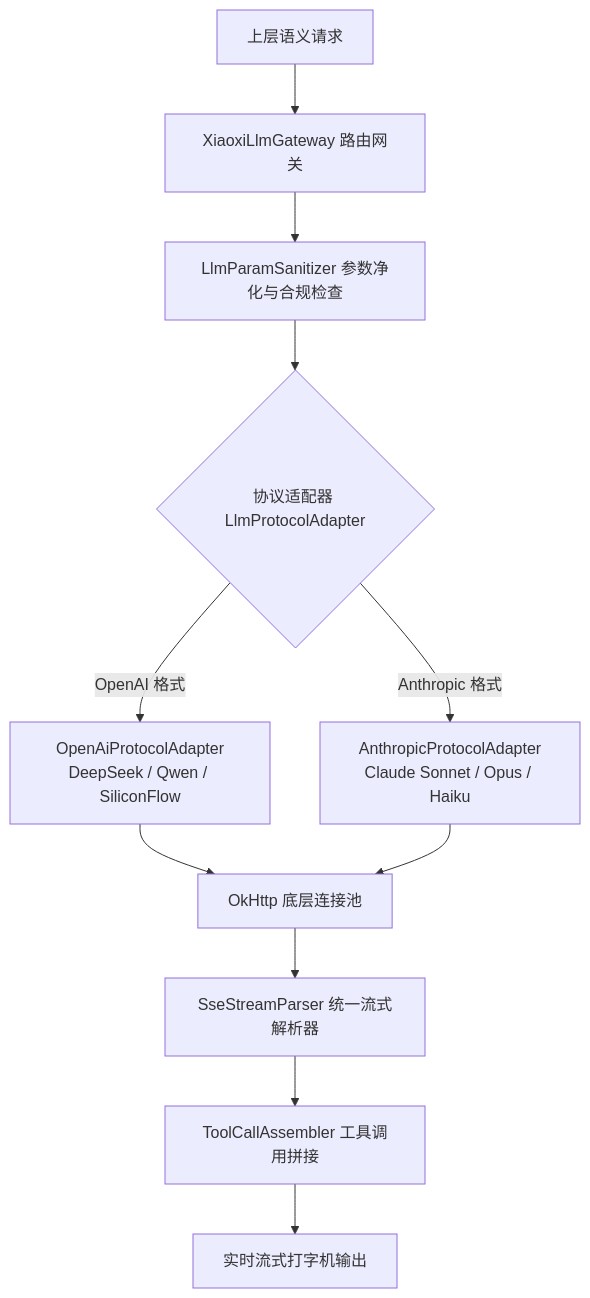
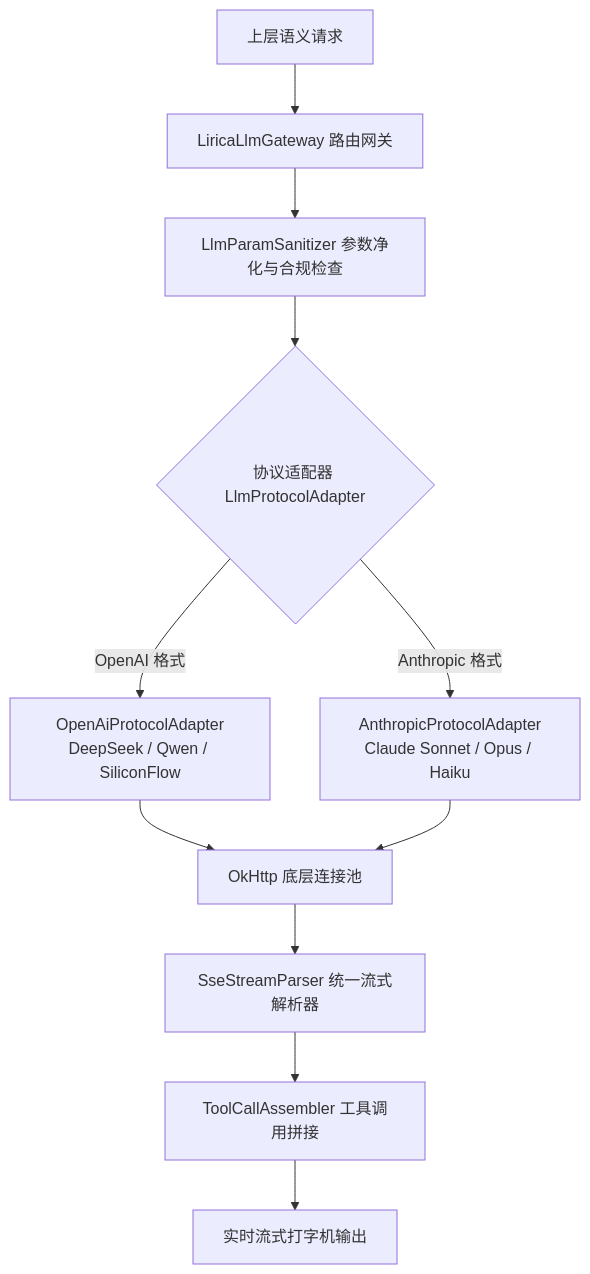
The third of 5 diagrams in 技术架构路线图.md (cjk041220-hash/Lirica), drawn with Mermaid before and after one commit. The commit also changed other lines of this file and 14 other files, not shown here.

````diff
--- a/技术架构路线图.md
+++ b/技术架构路线图.md
@@ -345,14 +345,14 @@
 ```mermaid
 graph TD
-    REQ[上层语义请求] --> GW[XiaoxiLlmGateway 路由网关]
+    REQ[上层语义请求] --> GW[LiricaLlmGateway 路由网关]
     GW --> SAN[LlmParamSanitizer 参数净化与合规检查]
     
     SAN --> ADAPT{协议适配器 LlmProtocolAdapter}
     ADAPT -->|OpenAI 格式| OA[OpenAiProtocolAdapter<br>DeepSeek / Qwen / SiliconFlow]
     ADAPT -->|Anthropic 格式| AN[AnthropicProtocolAdapter<br>Claude Sonnet / Opus / Haiku]
     
     OA & AN --> NET[OkHttp 底层连接池]
     NET --> SSE[SseStreamParser 统一流式解析器]
     SSE --> TOOL[ToolCallAssembler 工具调用拼接]
     TOOL --> RES[实时流式打字机输出]
 ```
````
